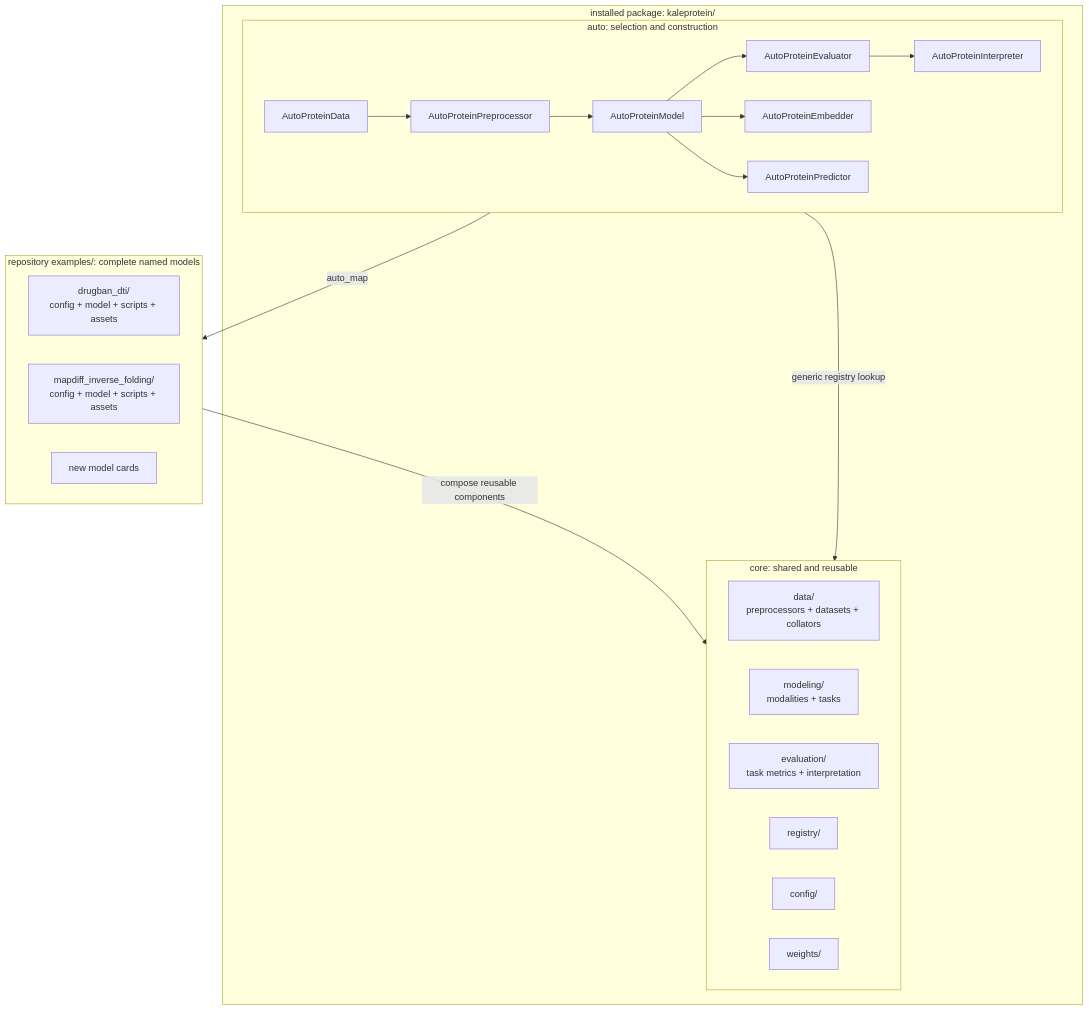
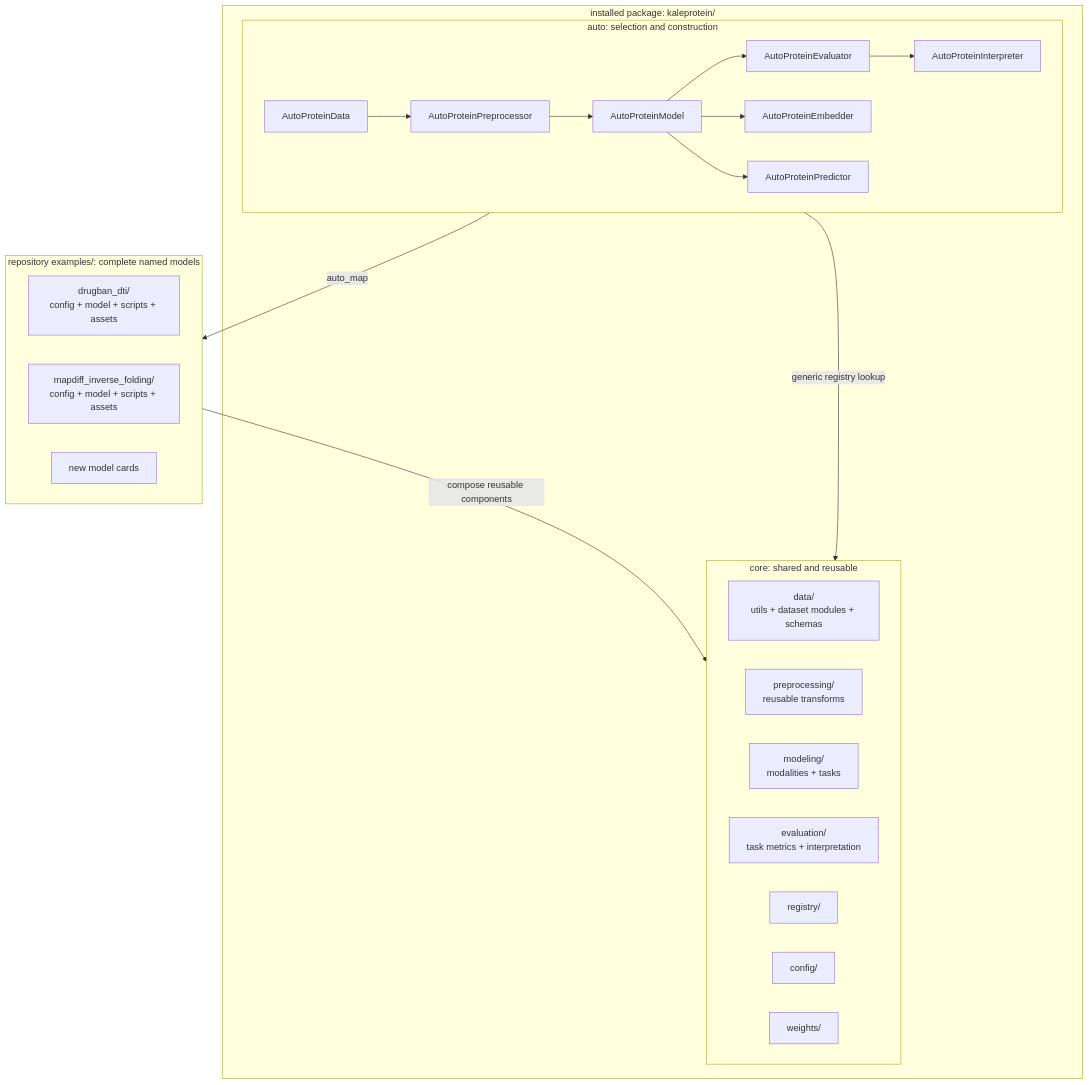
Before and after one commit to pykale/protein: the first of 3 diagrams in docs/architecture.md, drawn with Mermaid. The commit also changed other lines of this file and 51 other files, not shown here.

Commit message:
Refactor core data around datasets and utilities

````diff
--- a/docs/architecture.md
+++ b/docs/architecture.md
@@ -17,39 +17,40 @@
 ```mermaid
 flowchart TB
     subgraph PACKAGE["installed package: kaleprotein/"]
       subgraph CORE["core: shared and reusable"]
         direction LR
-        CORE_DATA["data/<br/>preprocessors + datasets + collators"]
+        CORE_DATA["data/<br/>utils + dataset modules + schemas"]
+        CORE_PREP["preprocessing/<br/>reusable transforms"]
         CORE_MODELING["modeling/<br/>modalities + tasks"]
         CORE_EVAL["evaluation/<br/>task metrics + interpretation"]
         REGISTRY["registry/"]
         CONFIG["config/"]
         WEIGHTS["weights/"]
       end
 
       subgraph AUTO["auto: selection and construction"]
         direction LR
         DATA["AutoProteinData"]
         PREP["AutoProteinPreprocessor"]
         MODEL["AutoProteinModel"]
         EMBED["AutoProteinEmbedder"]
         PREDICT["AutoProteinPredictor"]
         EVAL["AutoProteinEvaluator"]
         INTERP["AutoProteinInterpreter"]
         DATA --> PREP --> MODEL --> EVAL --> INTERP
         MODEL --> EMBED
         MODEL --> PREDICT
       end
     end
 
     subgraph EXAMPLES["repository examples/: complete named models"]
         direction LR
         DRUGBAN["drugban_dti/<br/>config + model + scripts + assets"]
         MAPDIFF["mapdiff_inverse_folding/<br/>config + model + scripts + assets"]
         MORE["new model cards"]
     end
 
     AUTO -->|"generic registry lookup"| CORE
     MODEL -->|"auto_map"| EXAMPLES
     EXAMPLES -->|"compose reusable components"| CORE
 ```
````
